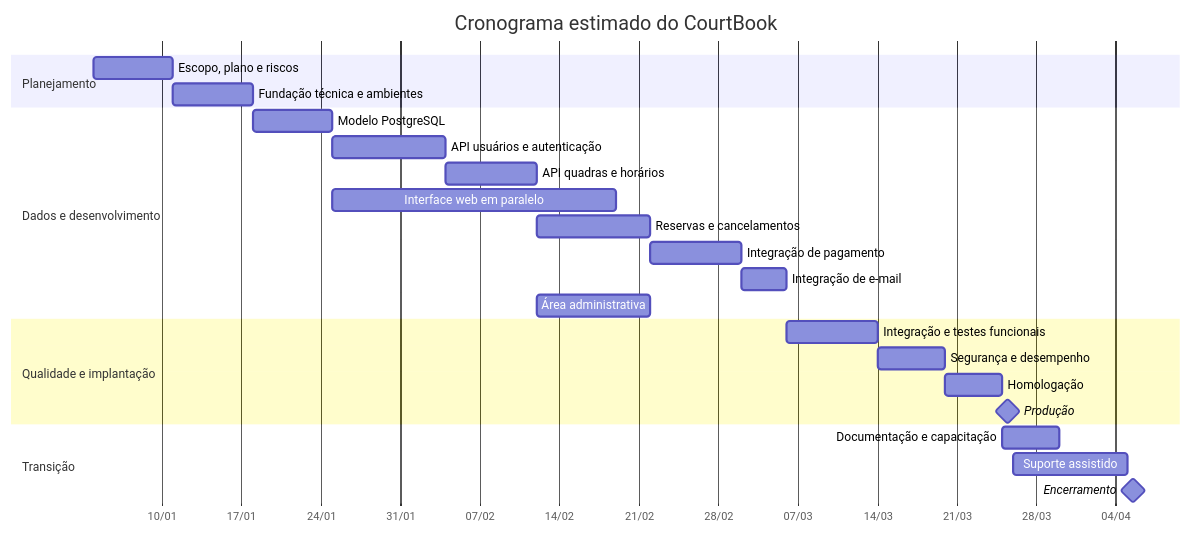
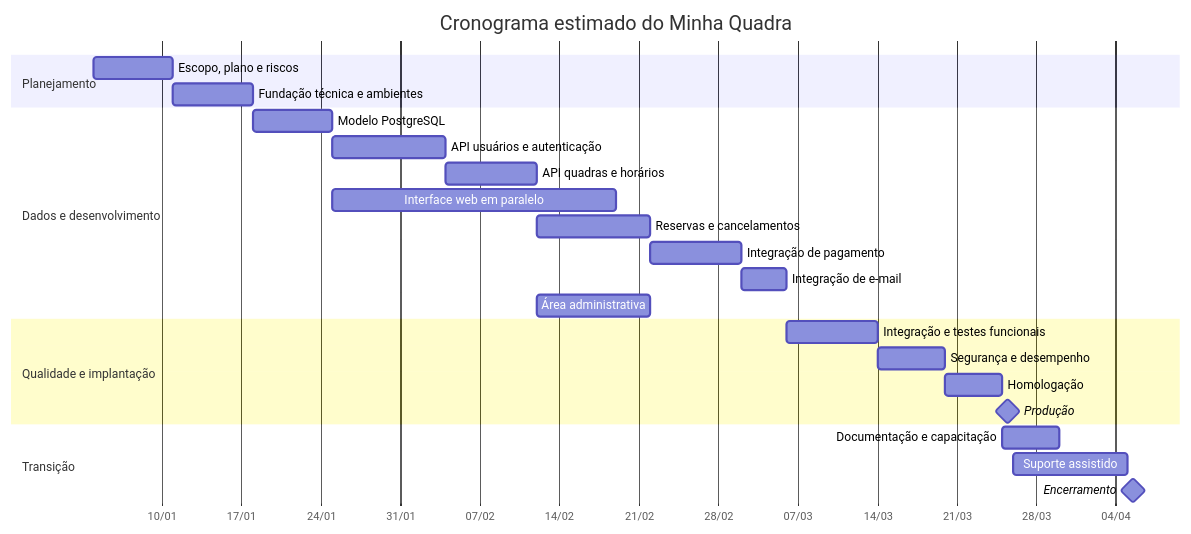
The second of 2 diagrams in PLANO.md (icarogoisr-creator/Minha-Quadra-Repository), drawn with Mermaid before and after one commit. The commit also changed other lines of this file, not shown here.

````diff
--- a/PLANO.md
+++ b/PLANO.md
@@ -147,31 +147,31 @@
 ```mermaid
 gantt
-    title Cronograma estimado do CourtBook
+    title Cronograma estimado do Minha Quadra
     dateFormat YYYY-MM-DD
     axisFormat %d/%m
 
     section Planejamento
     Escopo, plano e riscos          :a1, 2027-01-04, 7d
     Fundação técnica e ambientes    :a2, after a1, 7d
 
     section Dados e desenvolvimento
     Modelo PostgreSQL               :b1, after a2, 7d
     API usuários e autenticação     :b2, after b1, 10d
     API quadras e horários          :b3, after b2, 8d
     Interface web em paralelo       :b4, 2027-01-25, 25d
     Reservas e cancelamentos        :b5, after b3, 10d
     Integração de pagamento         :b6, after b5, 8d
     Integração de e-mail            :b7, after b6, 4d
     Área administrativa             :b8, after b3, 10d
 
     section Qualidade e implantação
     Integração e testes funcionais  :c1, after b7, 8d
     Segurança e desempenho          :c2, after c1, 6d
     Homologação                     :c3, after c2, 5d
     Produção                        :milestone, c4, after c3, 1d
 
     section Transição
     Documentação e capacitação      :d1, after c3, 5d
     Suporte assistido               :d2, after c4, 10d
     Encerramento                    :milestone, d3, after d2, 1d
 ```
````
